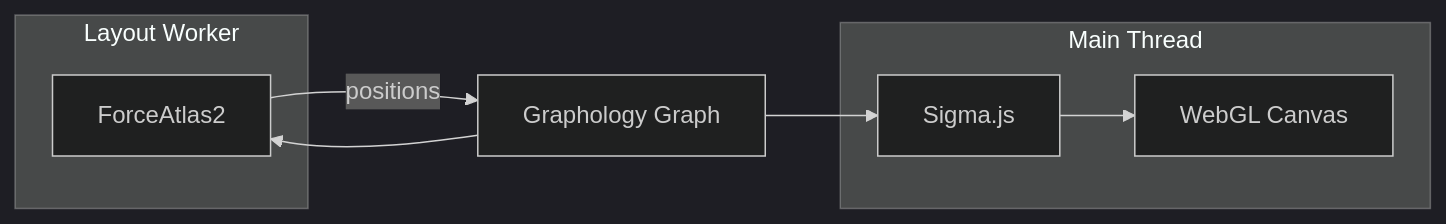
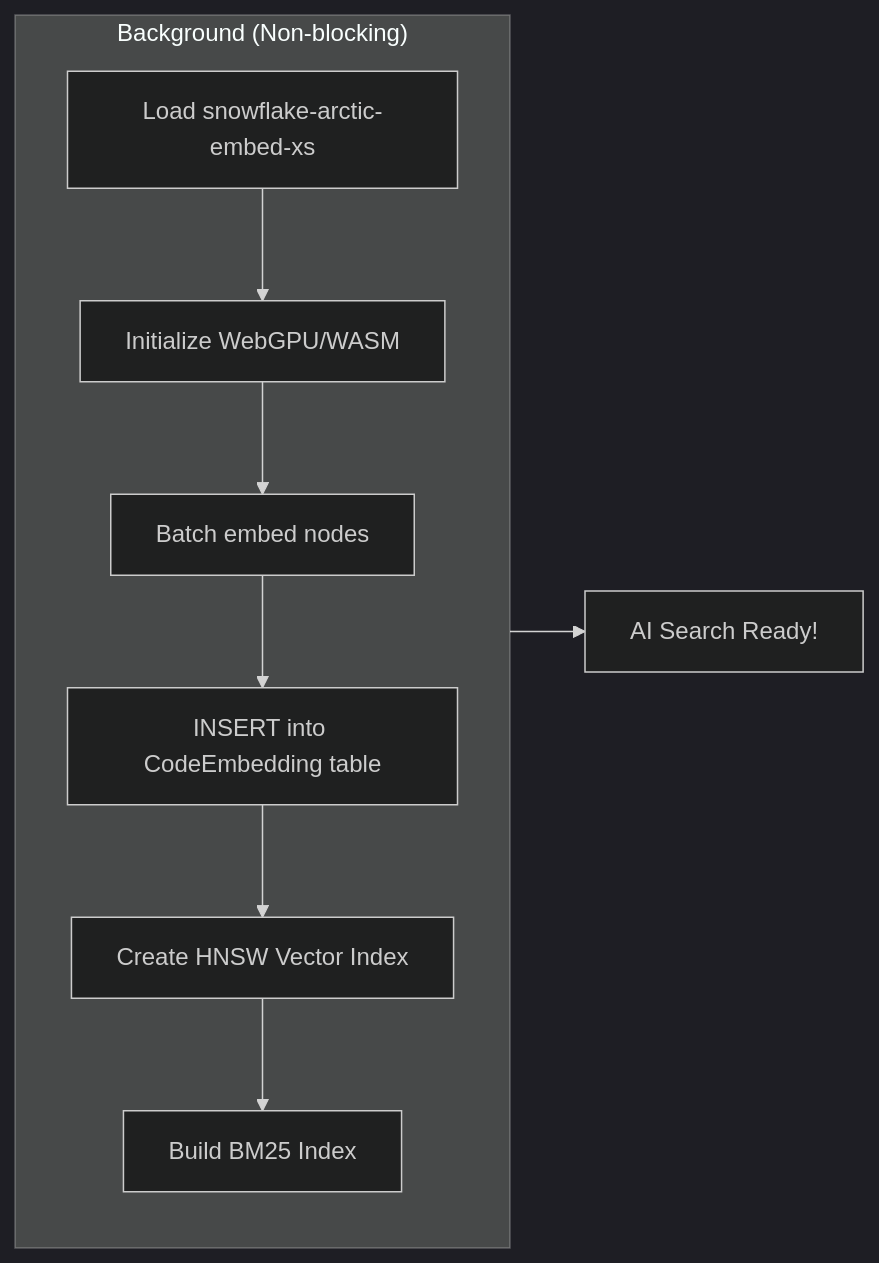
One commit to OliverNyx/NexusAI changed the fourth of 11 diagrams in README.md. Above: the diagram before and after it, drawn with Mermaid (dark theme). The commit also changed other lines of this file, not shown here.

````diff
--- a/README.md
+++ b/README.md
@@ -418,16 +137,12 @@
 ```mermaid
 flowchart LR
-    subgraph Main[Main Thread]
-        SIGMA[Sigma.js]
-        WEBGL[WebGL Canvas]
+    subgraph BG["Background (Non-blocking)"]
+        M1[Load snowflake-arctic-embed-xs] --> M2[Initialize WebGPU/WASM]
+        M2 --> E1[Batch embed nodes]
+        E1 --> E2[INSERT into CodeEmbedding table]
+        E2 --> V1[Create HNSW Vector Index]
+        V1 --> B1[Build BM25 Index]
     end
-  
-    subgraph Layout[Layout Worker]
-        FA2[ForceAtlas2]
-    end
-  
-    GRAPH[Graphology Graph] --> FA2
-    FA2 -->|positions| GRAPH
-    GRAPH --> SIGMA
-    SIGMA --> WEBGL
+    
+    BG --> AI[AI Search Ready!]
 ```
````
